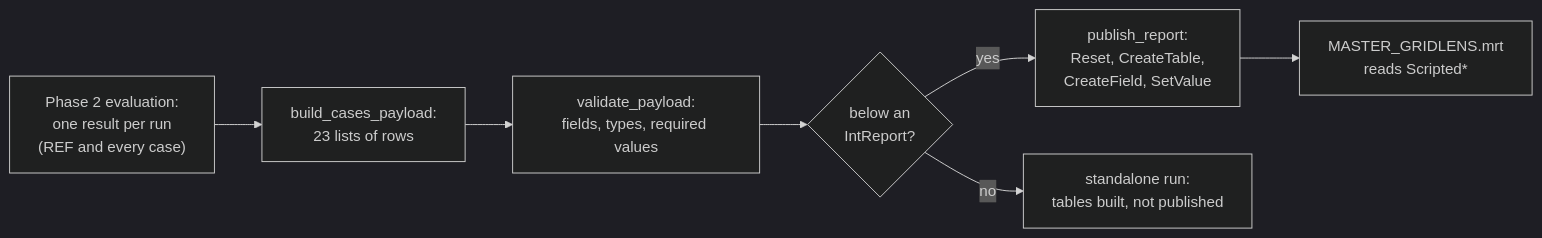
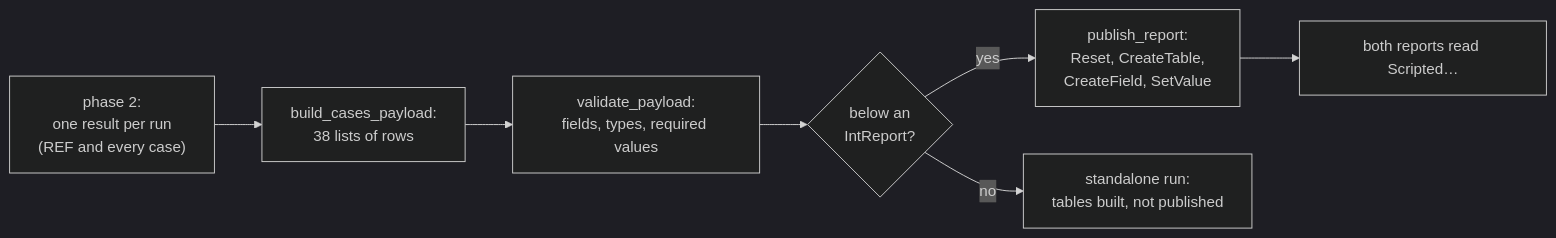
The diagram in docs/REPORT_TABLES.md (hadiibrahim-Engin/GridLensAssessment), drawn with Mermaid (dark theme) before and after one commit. The commit also changed other lines of this file and 13 other files, not shown here.

````diff
--- a/docs/REPORT_TABLES.md
+++ b/docs/REPORT_TABLES.md
@@ -20,9 +19,9 @@
 ```mermaid
 flowchart LR
-    A["Phase 2 evaluation:<br/>one result per run<br/>(REF and every case)"] --> B["build_cases_payload:<br/>23 lists of rows"]
+    A["phase 2:<br/>one result per run<br/>(REF and every case)"] --> B["build_cases_payload:<br/>38 lists of rows"]
     B --> C["validate_payload:<br/>fields, types, required values"]
     C --> D{"below an<br/>IntReport?"}
     D -- yes --> E["publish_report:<br/>Reset, CreateTable,<br/>CreateField, SetValue"]
     D -- no --> F["standalone run:<br/>tables built, not published"]
-    E --> G["MASTER_GRIDLENS.mrt<br/>reads Scripted*"]
+    E --> G["both reports read Scripted…"]
 ```
````
